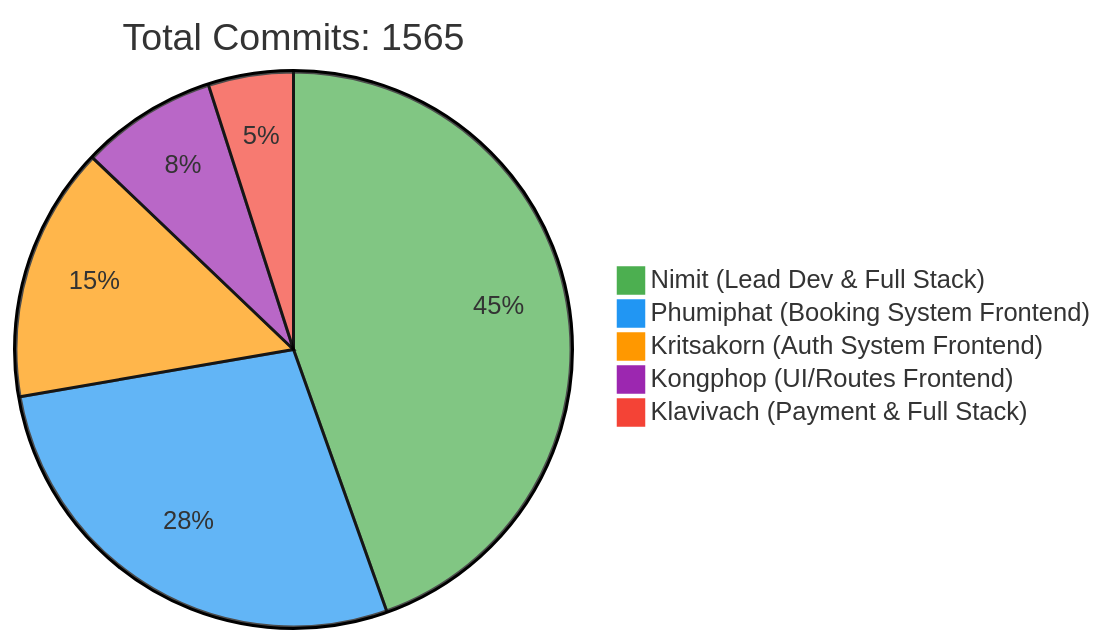
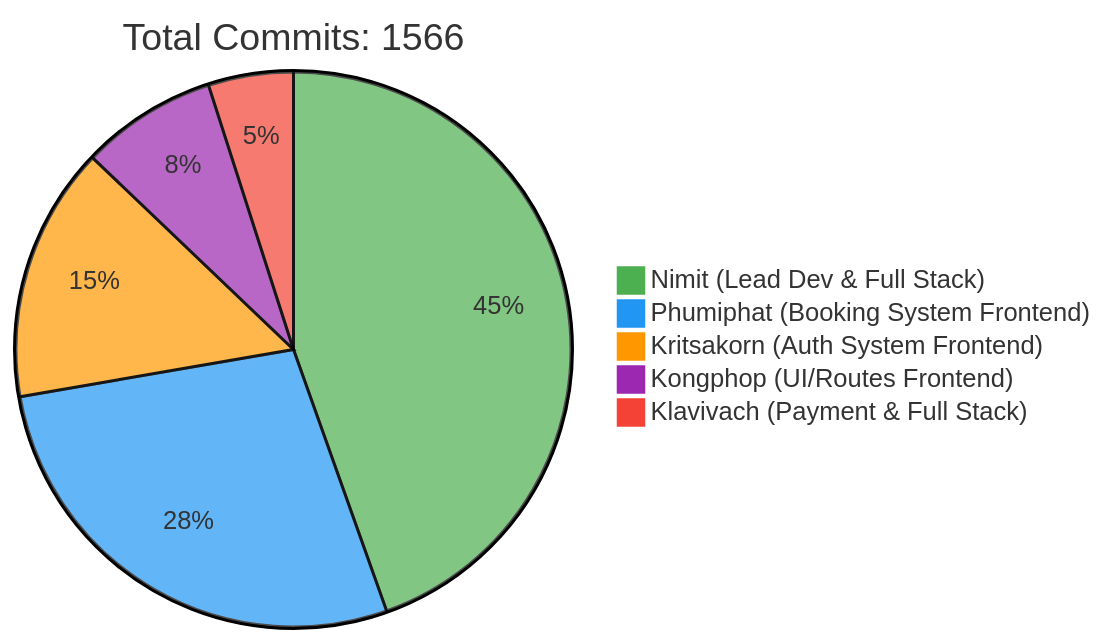
The first of 2 diagrams in README.md (6531503042/Sport-Complex), drawn with Mermaid before and after one commit. The commit also changed other lines of this file, not shown here.

Commit message:
docs: Update contributor statistics [skip ci]

````diff
--- a/README.md
+++ b/README.md
@@ -257,10 +257,10 @@
 ```mermaid
 %%{init: {'theme': 'base', 'themeVariables': { 'pie1': '#4CAF50', 'pie2': '#2196F3', 'pie3': '#FF9800', 'pie4': '#9C27B0', 'pie5': '#F44336'}}}%%
 pie
-    title Total Commits: 1565
+    title Total Commits: 1566
     "Nimit (Lead Dev & Full Stack)" : 450
     "Phumiphat (Booking System Frontend)" : 280
     "Kritsakorn (Auth System Frontend)" : 150
     "Kongphop (UI/Routes Frontend)" : 80
     "Klavivach (Payment & Full Stack)" : 50
 ```
````
